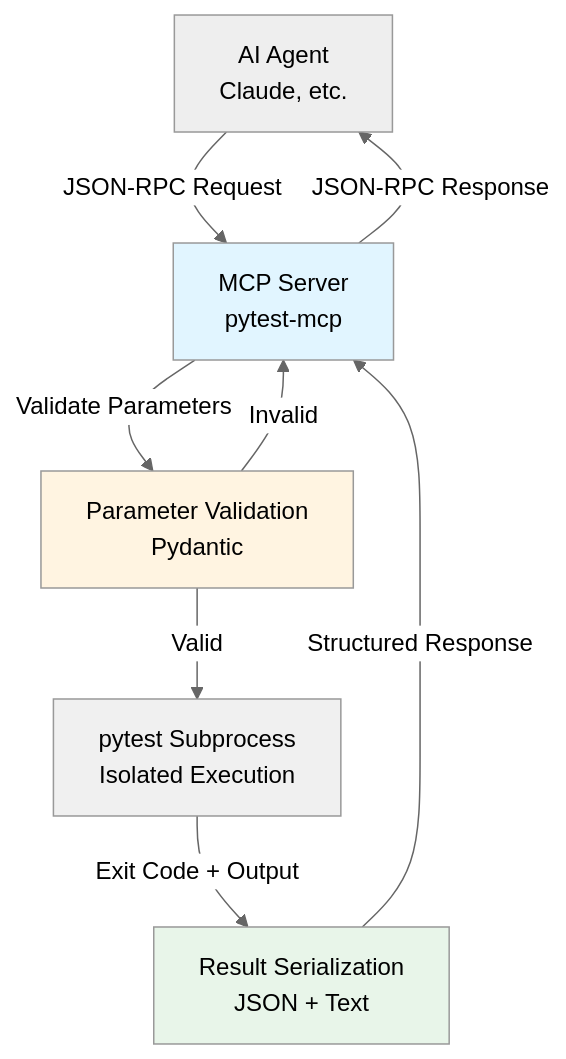
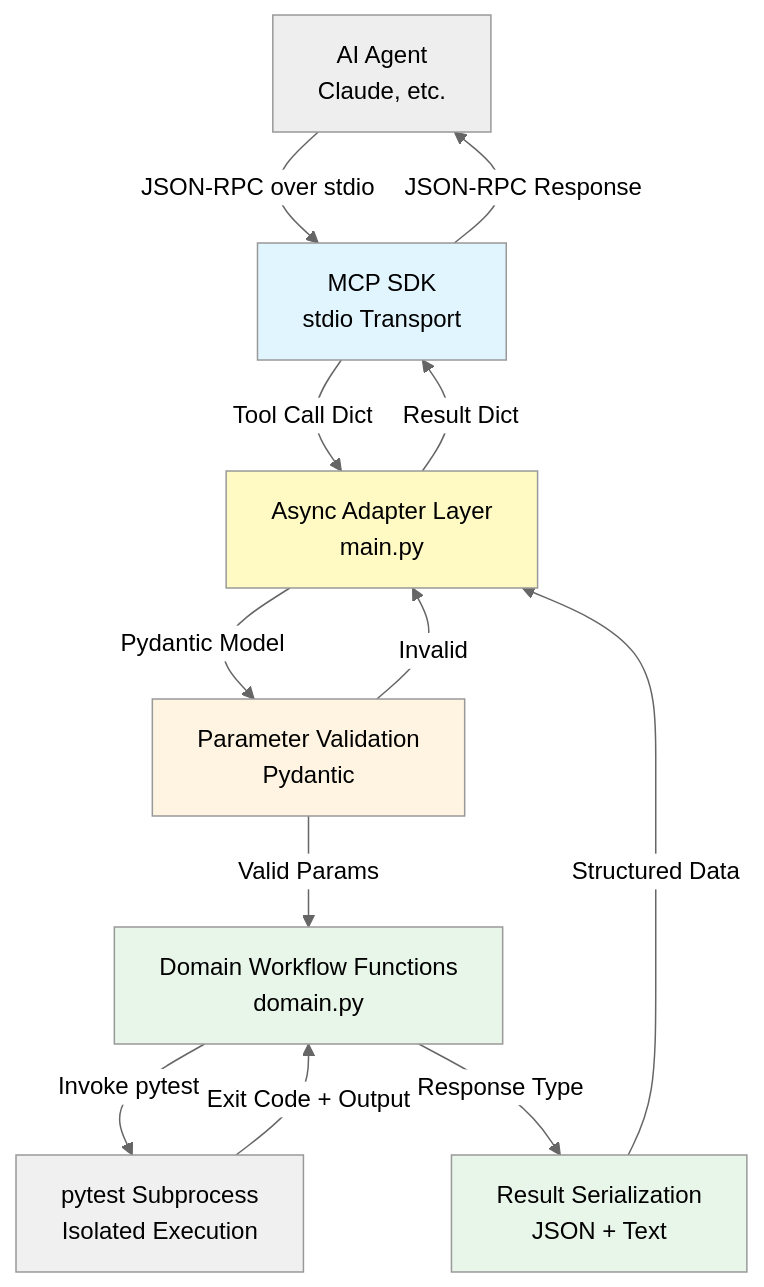
One commit to jwilger/pytest-mcp changed the first of 5 diagrams in docs/ARCHITECTURE.md. Above: the diagram before and after it, drawn with Mermaid (neutral theme). The commit also changed other lines of this file, not shown here.

Commit message:
Story 11 Phase 4: Update ARCHITECTURE.md for ADR-009 acceptance

````diff
--- a/docs/ARCHITECTURE.md
+++ b/docs/ARCHITECTURE.md
@@ -23,21 +23,29 @@
 ```mermaid
 graph TB
     AI[AI Agent<br/>Claude, etc.]
-    MCP[MCP Server<br/>pytest-mcp]
+    SDK[MCP SDK<br/>stdio Transport]
+    Adapter[Async Adapter Layer<br/>main.py]
+    Domain[Domain Workflow Functions<br/>domain.py]
     Validation[Parameter Validation<br/>Pydantic]
     Subprocess[pytest Subprocess<br/>Isolated Execution]
     Results[Result Serialization<br/>JSON + Text]
 
-    AI -->|JSON-RPC Request| MCP
-    MCP -->|Validate Parameters| Validation
-    Validation -->|Valid| Subprocess
-    Validation -->|Invalid| MCP
-    Subprocess -->|Exit Code + Output| Results
-    Results -->|Structured Response| MCP
-    MCP -->|JSON-RPC Response| AI
+    AI -->|JSON-RPC over stdio| SDK
+    SDK -->|Tool Call Dict| Adapter
+    Adapter -->|Pydantic Model| Validation
+    Validation -->|Valid Params| Domain
+    Validation -->|Invalid| Adapter
+    Domain -->|Invoke pytest| Subprocess
+    Subprocess -->|Exit Code + Output| Domain
+    Domain -->|Response Type| Results
+    Results -->|Structured Data| Adapter
+    Adapter -->|Result Dict| SDK
+    SDK -->|JSON-RPC Response| AI
 
-    style MCP fill:#e1f5ff
+    style SDK fill:#e1f5ff
+    style Adapter fill:#fff9c4
+    style Domain fill:#e8f5e9
     style Validation fill:#fff4e1
     style Subprocess fill:#f0f0f0
     style Results fill:#e8f5e9
 ```
````
